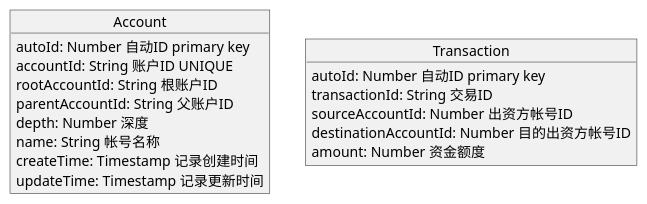
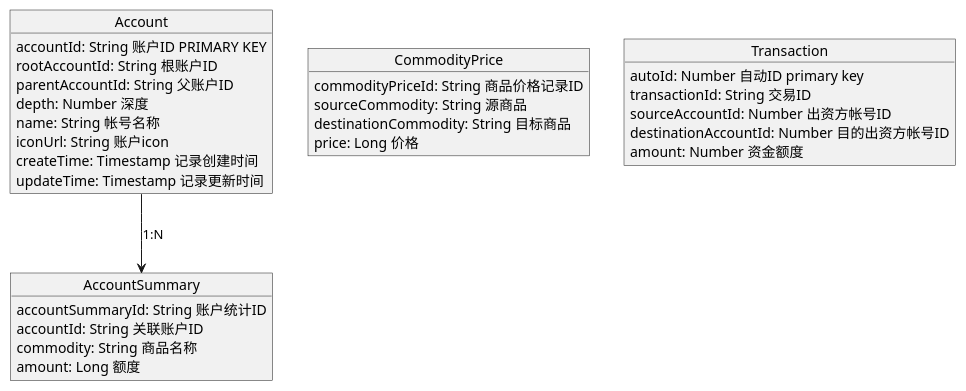
Before and after one commit to maxtorm12138/ledger: the diagram in design/LogicModel.puml, drawn with PlantUML. The commit also changed 30 other files, not shown here.

```diff
--- a/design/LogicModel.puml
+++ b/design/LogicModel.puml
@@ -1,66 +1,80 @@
 @startuml
 'https://plantuml.com/object-diagrm
 
 object Account {
-    autoId: Number 自动ID primary key
-
-    accountId: String 账户ID UNIQUE
+    accountId: String 账户ID PRIMARY KEY
     rootAccountId: String 根账户ID
     parentAccountId: String 父账户ID
-
     depth: Number 深度
     name: String 帐号名称
+    iconUrl: String 账户icon
     createTime: Timestamp 记录创建时间
     updateTime: Timestamp 记录更新时间
+}
+
+object AccountSummary {
+    accountSummaryId: String 账户统计ID
+    accountId: String 关联账户ID
+    commodity: String 商品名称
+    amount: Long 额度
+}
+
+Account --> AccountSummary : 1:N
+
+object CommodityPrice {
+    commodityPriceId: String 商品价格记录ID
+    sourceCommodity: String 源商品
+    destinationCommodity: String 目标商品
+    price: Long 价格
 }
 
 object Transaction {
     autoId: Number 自动ID primary key
 
     transactionId: String 交易ID
     sourceAccountId: Number 出资方帐号ID
     destinationAccountId: Number 目的出资方帐号ID
     amount: Number 资金额度
 }
 
 'object AccountCashFlow {
 '    accountCashFlowId: Number 记录ID primary key
 '    dstAccountId: Number 资金目的地账户ID
 '    srcAccountId: Number 资金源账户ID
 '    amount: Number 资金总额度
 '    bookBalance: 当前账面余额
 '    date: Date 资金发生日期
 '    dateOrder: Number 资金发生日排序
 '    subAccountCashFlow: Array<SubAccountCashFlow> 分单
 '}
 
 
 'object Fund {
 '    code: String 基金代码 primary key
 '    name: String 基金名称
 '    netWorth: Number 基金净值
 '    netWorthDate: Date 基金净值最后更新日期
 '    createTime: Timestamp 记录创建时间
 '    updateTime: Timestamp 记录更新时间
 '}
 
 'object Stock {
 '    code: String 股票代码 primary key
 '    name: String 股票名词
 '    price: String 股票价格
 '    createTime: Timestamp 记录创建时间
 '    updateTime: Timestamp 记录更新时间
 '}
 
 'object FundFlow {
 '    fundFlowId: Number 记录ID primary key
 '    code: string 基金代码 foreign key
 '    dividend: String
 '    netWorth: Number
 '    dayGrowth: Number
 '}
 
 
 'FundFlow::code --o Fund : 聚合
 
 @enduml
```
